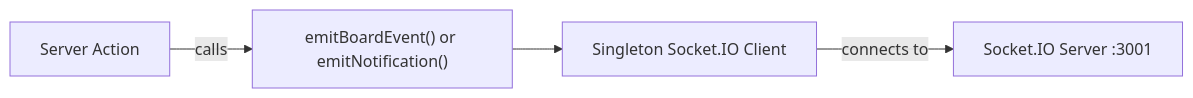
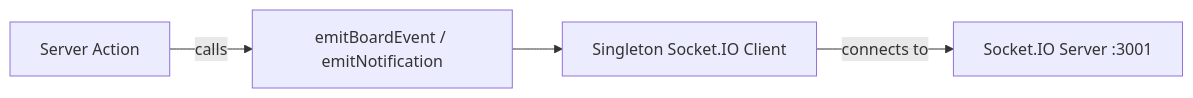
The third of 8 diagrams in docs/07-real-time-sockets.md (asefahmed500/Smart-Task-App_IIT_DU_Final_Project), drawn with Mermaid before and after one commit. The commit also changed other lines of this file and 9 other files, not shown here.

Commit message:
fix: update AGENTS.md with Vercel deployment notes and additional mermaid cleanups

````diff
--- a/docs/07-real-time-sockets.md
+++ b/docs/07-real-time-sockets.md
@@ -128,6 +128,6 @@
 ```mermaid
 flowchart LR
-    ACTION["Server Action"] -->|"calls"| EMIT["emitBoardEvent() or emitNotification()"]
+    ACTION["Server Action"] -->|"calls"| EMIT["emitBoardEvent / emitNotification"]
     EMIT --> SOCKET["Singleton Socket.IO Client"]
     SOCKET -->|"connects to"| SERVER["Socket.IO Server :3001"]
 ```
````
